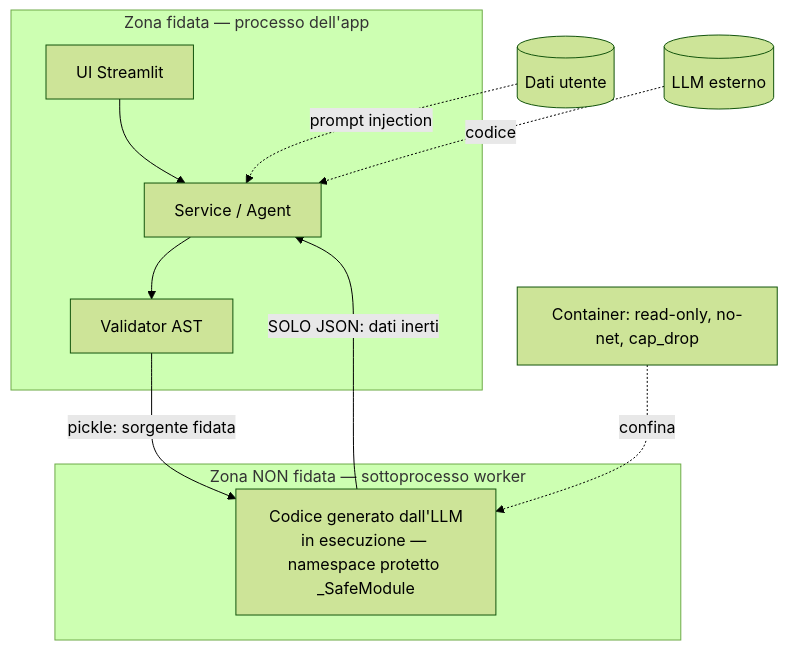
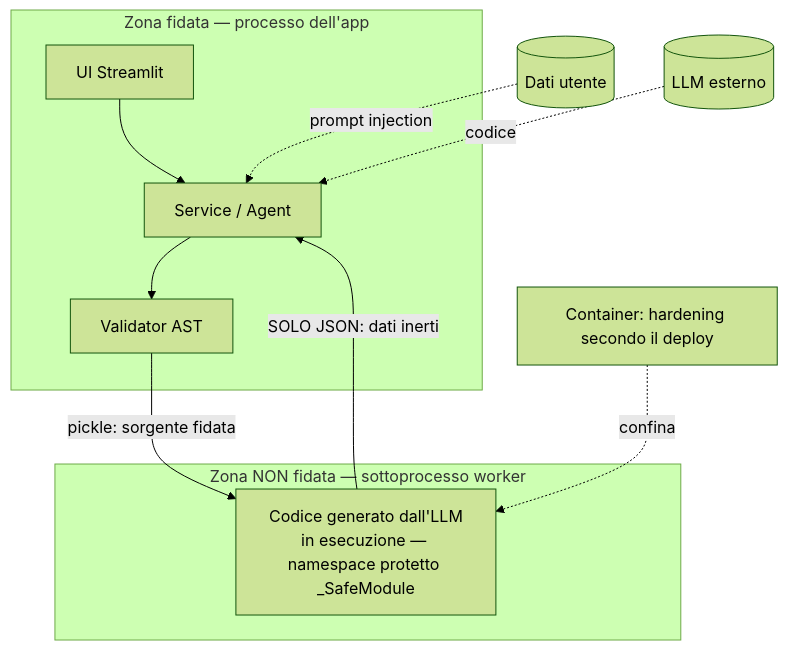
The diagram in THREAT_MODEL.md (raffaeleciccone-analyst/Natural-Language-Data-Analyst), drawn with Mermaid (forest theme) before and after one commit. The commit also changed other lines of this file and 3 other files, not shown here.

````diff
--- a/THREAT_MODEL.md
+++ b/THREAT_MODEL.md
@@ -23,15 +23,15 @@
 ```mermaid
 flowchart TB
     subgraph fidato["Zona fidata — processo dell'app"]
         UI[UI Streamlit] --> SVC[Service / Agent]
         SVC --> V[Validator AST]
     end
     subgraph nonfidato["Zona NON fidata — sottoprocesso worker"]
         W[Codice generato dall'LLM<br/>in esecuzione — namespace protetto _SafeModule]
     end
     D[(Dati utente)] -.prompt injection.-> SVC
     L[(LLM esterno)] -.codice.-> SVC
     V -->|pickle: sorgente fidata| W
     W -->|SOLO JSON: dati inerti| SVC
-    C[Container: read-only, no-net, cap_drop] -.confina.-> W
+    C[Container: hardening secondo il deploy] -.confina.-> W
 ```
````
